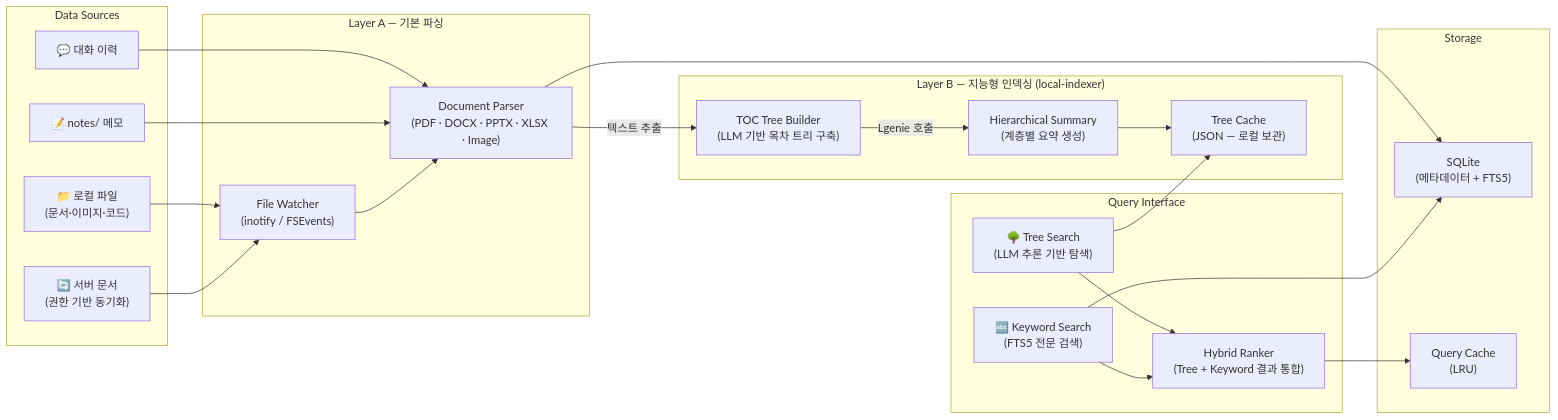
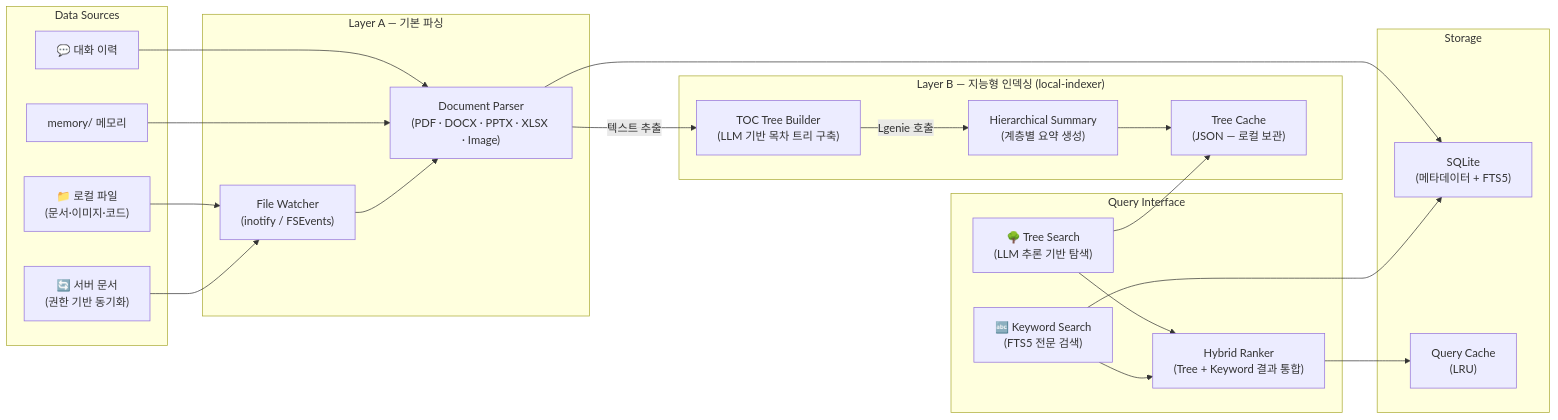
One commit to lvis-project/lvis-app changed the eighth of 44 diagrams in docs/architecture/architecture.md. Above: the diagram before and after it, drawn with Mermaid. The commit also changed other lines of this file and 56 other files, not shown here.

````diff
--- a/docs/architecture/architecture.md
+++ b/docs/architecture/architecture.md
@@ -474,48 +474,48 @@
 ```mermaid
 graph LR
     subgraph "Data Sources"
         LOCAL_FILES["📁 로컬 파일<br/>(문서·이미지·코드)"]
         SERVER_DOCS["🔄 서버 문서<br/>(권한 기반 동기화)"]
         CHAT_HISTORY["💬 대화 이력"]
-        NOTES["📝 notes/ 메모"]
+        NOTES["memory/ 메모리"]
     end
 
     subgraph "Layer A — 기본 파싱"
         WATCHER["File Watcher<br/>(inotify / FSEvents)"]
         PARSER["Document Parser<br/>(PDF · DOCX · PPTX · XLSX · Image)"]
     end
 
     subgraph "Layer B — 지능형 인덱싱 (local-indexer)"
         TREE_BUILD["TOC Tree Builder<br/>(LLM 기반 목차 트리 구축)"]
         TREE_SUMMARY["Hierarchical Summary<br/>(계층별 요약 생성)"]
         TREE_JSON["Tree Cache<br/>(JSON — 로컬 보관)"]
     end
 
     subgraph "Storage"
         SQLITE["SQLite<br/>(메타데이터 + FTS5)"]
         CACHE["Query Cache<br/>(LRU)"]
     end
 
     subgraph "Query Interface"
         TREE_SEARCH["🌳 Tree Search<br/>(LLM 추론 기반 탐색)"]
         KEYWORD["🔤 Keyword Search<br/>(FTS5 전문 검색)"]
         HYBRID["Hybrid Ranker<br/>(Tree + Keyword 결과 통합)"]
     end
 
     LOCAL_FILES --> WATCHER
     SERVER_DOCS --> WATCHER
     CHAT_HISTORY --> PARSER
     NOTES --> PARSER
 
     WATCHER --> PARSER
     PARSER --> SQLITE
     PARSER -->|"텍스트 추출"| TREE_BUILD
     TREE_BUILD -->|"Lgenie 호출"| TREE_SUMMARY
     TREE_SUMMARY --> TREE_JSON
 
     TREE_SEARCH --> TREE_JSON
     KEYWORD --> SQLITE
     TREE_SEARCH --> HYBRID
     KEYWORD --> HYBRID
     HYBRID --> CACHE
 ```
````
